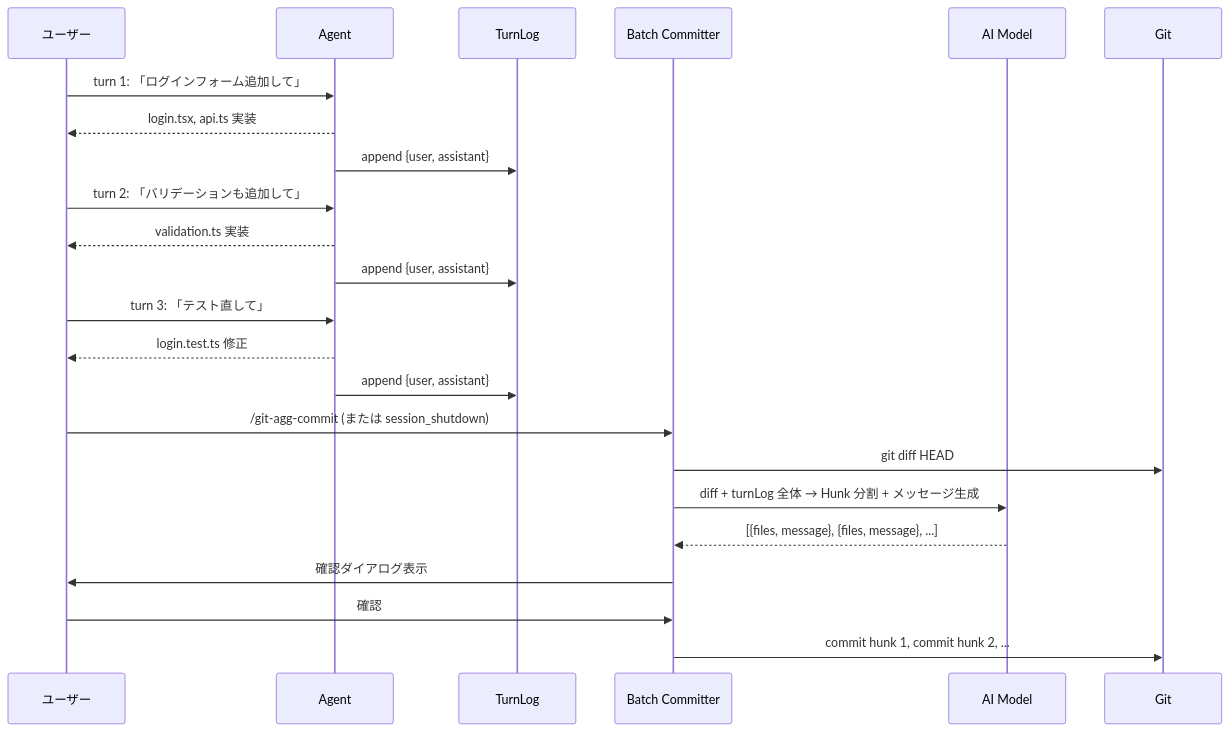
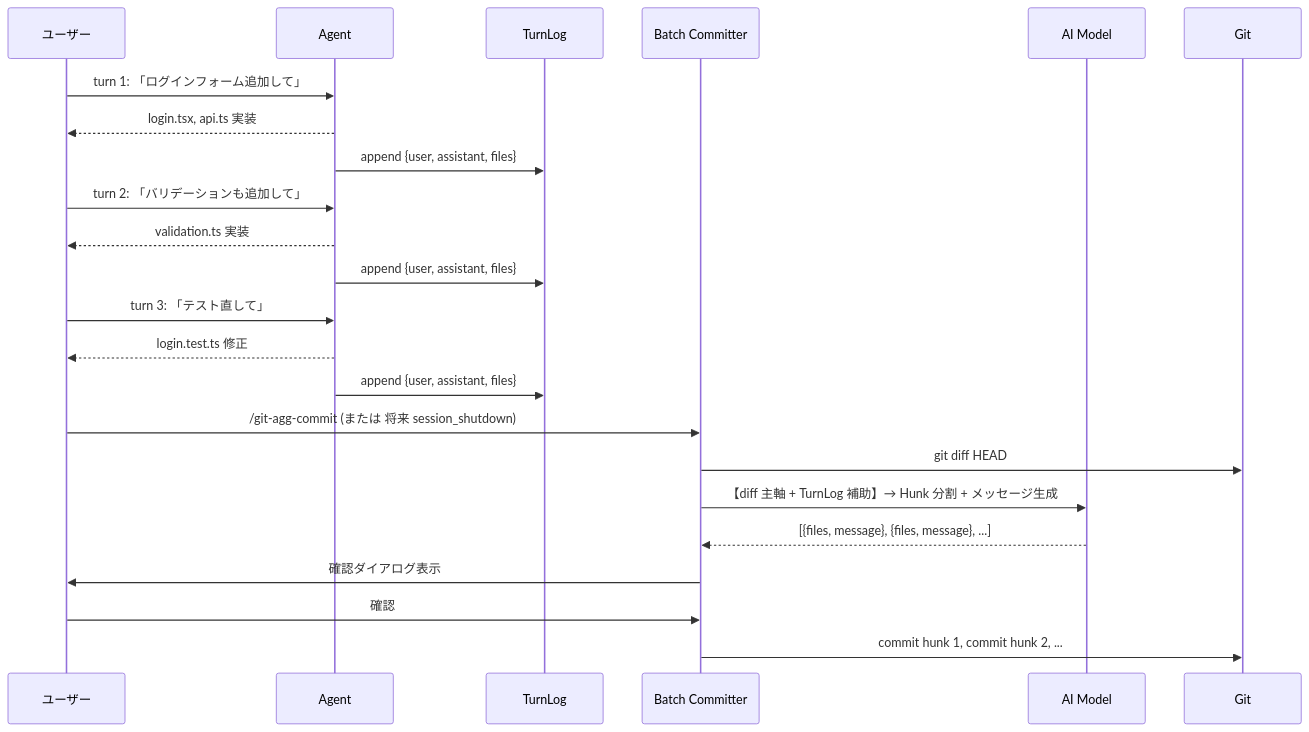
The second of 2 diagrams in docs/design/batch-commit-with-message-log.md (335g/pi-git), drawn with Mermaid before and after one commit. The commit also changed other lines of this file, not shown here.

````diff
--- a/docs/design/batch-commit-with-message-log.md
+++ b/docs/design/batch-commit-with-message-log.md
@@ -50,29 +53,29 @@
 ```mermaid
 sequenceDiagram
     participant U as ユーザー
     participant A as Agent
     participant ML as TurnLog
     participant BC as Batch Committer
     participant AI as AI Model
     participant G as Git
 
     U->>A: turn 1: 「ログインフォーム追加して」
     A-->>U: login.tsx, api.ts 実装
-    A->>ML: append {user, assistant}
+    A->>ML: append {user, assistant, files}
 
     U->>A: turn 2: 「バリデーションも追加して」
     A-->>U: validation.ts 実装
-    A->>ML: append {user, assistant}
+    A->>ML: append {user, assistant, files}
 
     U->>A: turn 3: 「テスト直して」
     A-->>U: login.test.ts 修正
-    A->>ML: append {user, assistant}
+    A->>ML: append {user, assistant, files}
 
-    U->>BC: /git-agg-commit (または session_shutdown)
+    U->>BC: /git-agg-commit (または 将来 session_shutdown)
     BC->>G: git diff HEAD
-    BC->>AI: diff + turnLog 全体 → Hunk 分割 + メッセージ生成
+    BC->>AI: 【diff 主軸 + TurnLog 補助】→ Hunk 分割 + メッセージ生成
     AI-->>BC: [{files, message}, {files, message}, ...]
     BC->>U: 確認ダイアログ表示
     U->>BC: 確認
     BC->>G: commit hunk 1, commit hunk 2, ...
 ```
````
